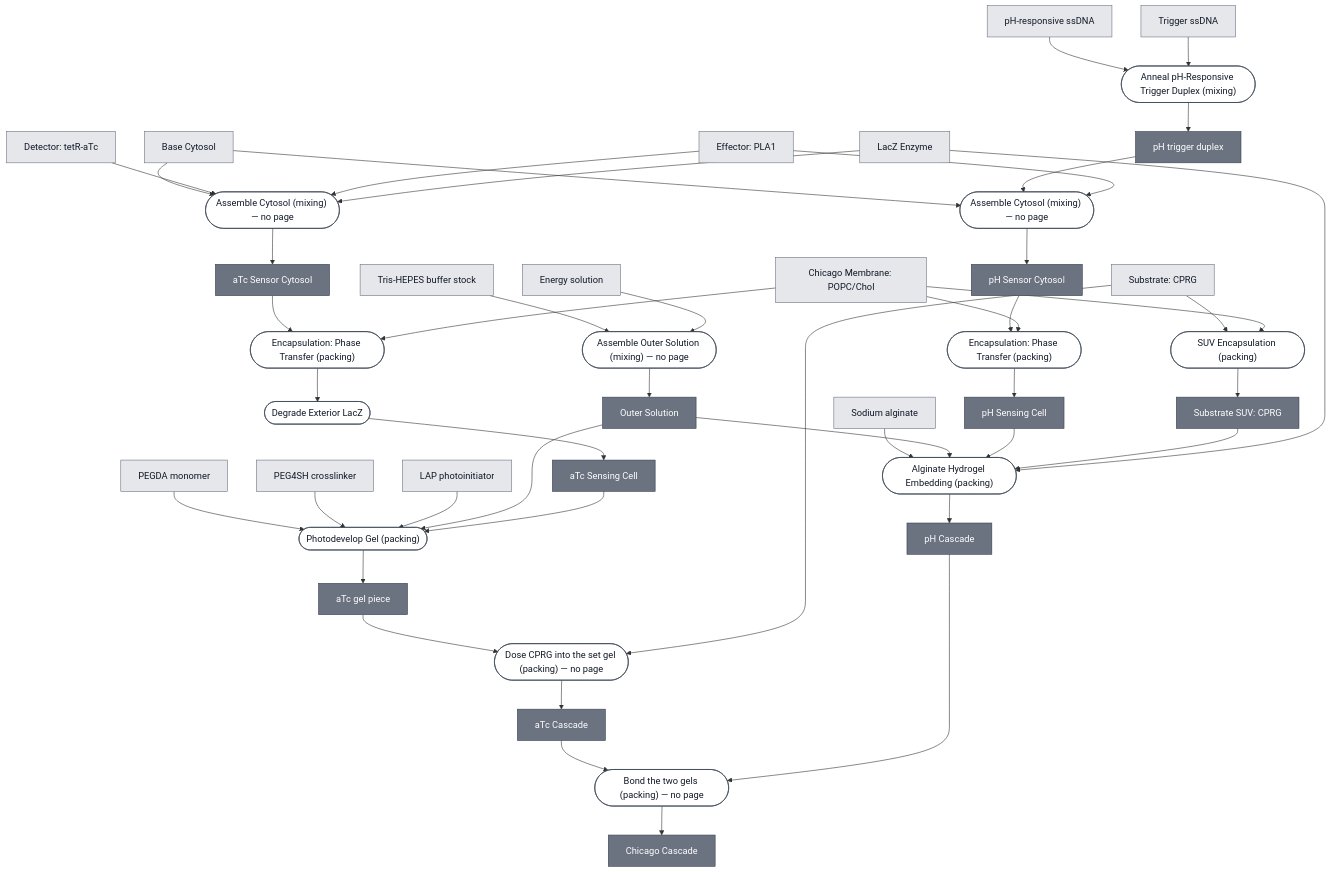
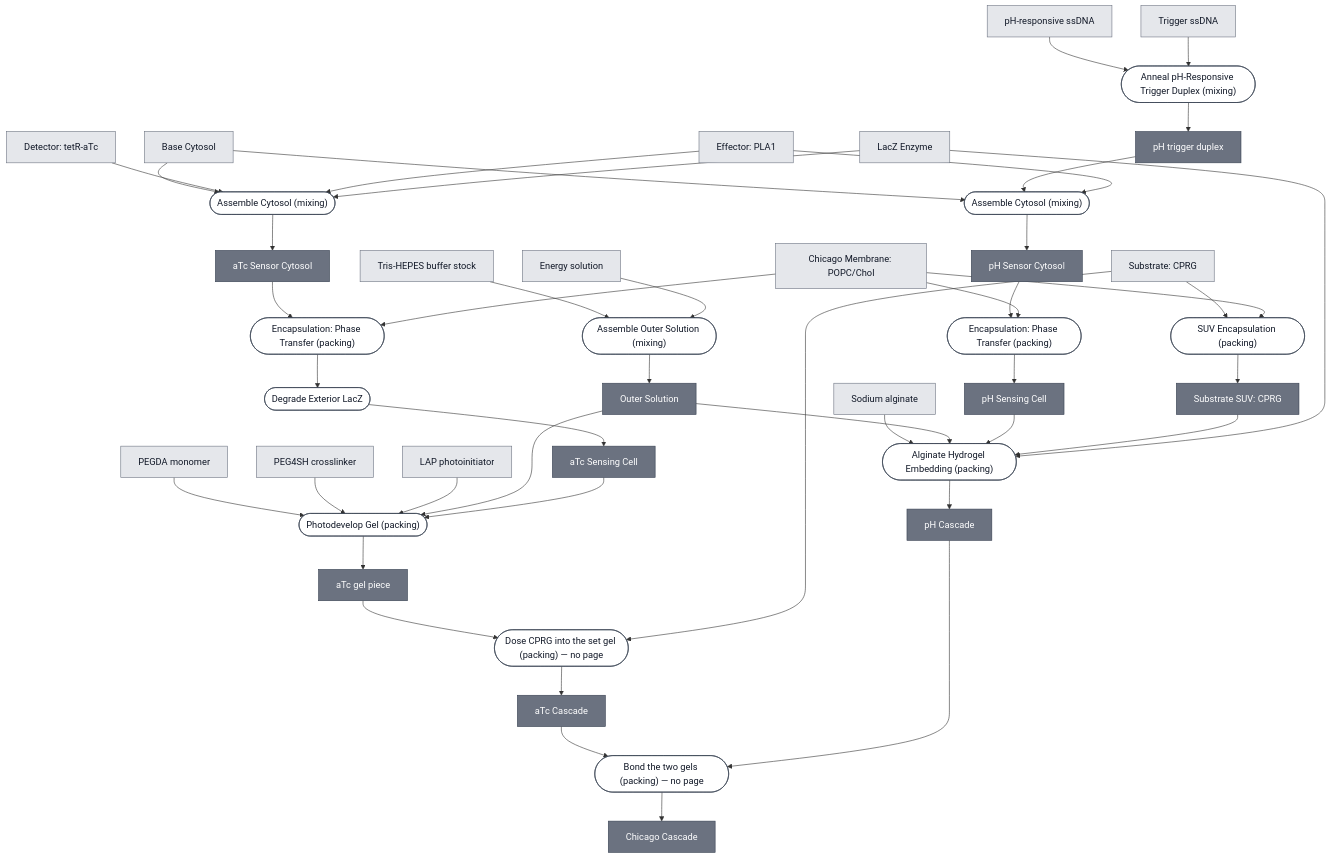
Before and after one commit to nucleus-eng/nucleus-docs: the diagram in docs/modules/chicago-cascade/spec.md, drawn with Mermaid. The commit also changed 26 other files, not shown here.

```diff
--- a/docs/modules/chicago-cascade/spec.md
+++ b/docs/modules/chicago-cascade/spec.md
@@ -51,9 +51,9 @@
     TRIGGER_SSDNA["Trigger ssDNA"]
     ALGINATE["Sodium alginate"]
 
-    P1_ASSEMBLE_OUTER_SOLUTION_0(["Assemble Outer Solution (mixing) — no page"])
+    P1_ASSEMBLE_OUTER_SOLUTION_0(["Assemble Outer Solution (mixing)"])
     CHICAGO_OUTER_SOLUTION["Outer Solution"]
-    P2_ASSEMBLE_ATC_CYTOSOL_0(["Assemble Cytosol (mixing) — no page"])
+    P2_ASSEMBLE_ATC_CYTOSOL_0(["Assemble Cytosol (mixing)"])
     ATC_SENSOR_CYTOSOL["aTc Sensor Cytosol"]
     P3_ENCAPSULATE_ATC_0(["Encapsulation: Phase Transfer (packing)"])
     P3_ENCAPSULATE_ATC_1(["Degrade Exterior LacZ"])
@@ -64,7 +64,7 @@
     ATC_GEL_LOADED["aTc Cascade"]
     P6_ANNEAL_TRIGGER_DUPLEX_0(["Anneal pH-Responsive Trigger Duplex (mixing)"])
     PH_TRIGGER_DUPLEX["pH trigger duplex"]
-    P7_ASSEMBLE_PH_CYTOSOL_0(["Assemble Cytosol (mixing) — no page"])
+    P7_ASSEMBLE_PH_CYTOSOL_0(["Assemble Cytosol (mixing)"])
     PH_SENSOR_CYTOSOL["pH Sensor Cytosol"]
     P8_ENCAPSULATE_PH_0(["Encapsulation: Phase Transfer (packing)"])
     PH_SENSING_CELL["pH Sensing Cell"]
@@ -145,6 +145,8 @@
     click DETECTOR_TETR_ATC "/docs/modules/detector-tetr-atc/spec"
     click PEGDA_MONOMER "/docs/modules/gel-pegda/spec"
     click ALGINATE "/docs/modules/gel-alginate/spec"
+    click P1_ASSEMBLE_OUTER_SOLUTION_0 "/docs/processes/assemble-outer-solution/main"
+    click P2_ASSEMBLE_ATC_CYTOSOL_0 "/docs/processes/assemble-cytosol/assemble-cytosol-main"
     click ATC_SENSOR_CYTOSOL "/docs/modules/atc-sensor-cytosol/spec"
     click P3_ENCAPSULATE_ATC_0 "/docs/processes/assemble-base-cell/main"
     click P3_ENCAPSULATE_ATC_1 "/docs/processes/degrade-exterior-lacz/main"
@@ -153,6 +155,7 @@
     click ATC_GEL_LOADED "/docs/modules/atc-cascade/spec"
     click P6_ANNEAL_TRIGGER_DUPLEX_0 "/docs/processes/anneal-ph-trigger-duplex/main"
     click PH_TRIGGER_DUPLEX "/docs/modules/detector-ph/spec"
+    click P7_ASSEMBLE_PH_CYTOSOL_0 "/docs/processes/assemble-cytosol/assemble-cytosol-main"
     click PH_SENSOR_CYTOSOL "/docs/modules/ph-sensor-cytosol/spec"
     click P8_ENCAPSULATE_PH_0 "/docs/processes/assemble-base-cell/main"
     click PH_SENSING_CELL "/docs/modules/ph-sensing-cell/spec"
```
